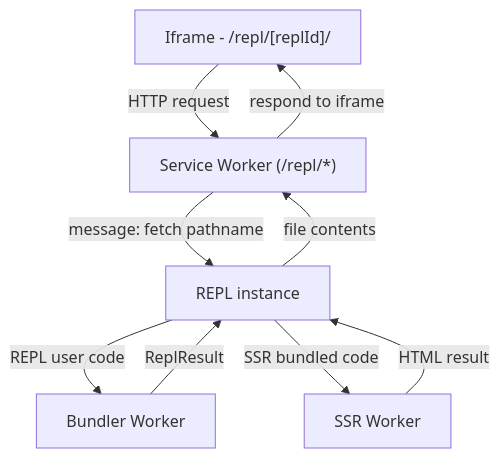
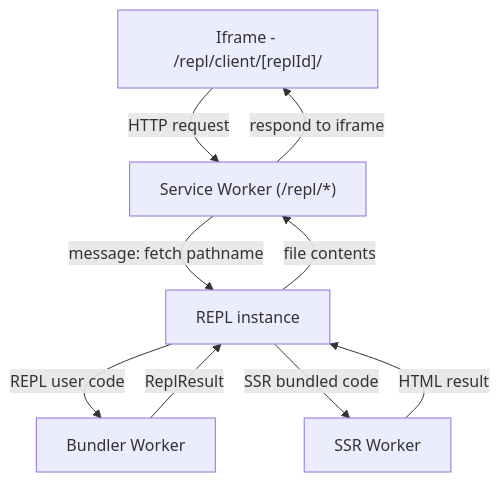
The diagram in docs/src/repl/README.md (Otto-J/qwik-cn-docs), drawn with Mermaid before and after one commit. The commit also changed other lines of this file and 17 other files, not shown here.

````diff
--- a/docs/src/repl/README.md
+++ b/docs/src/repl/README.md
@@ -53,17 +53,17 @@
 ```mermaid
 flowchart TD
-  Iframe["Iframe - /repl/[replId]/"]
+  Iframe["Iframe - /repl/client/[replId]/"]
   ServiceWorker["Service Worker (/repl/*)"]
   ReplInstance["REPL instance"]
   BundlerWorker["Bundler Worker"]
   SSRWorker["SSR Worker"]
 
   ReplInstance -->|REPL user code| BundlerWorker
 	BundlerWorker -->|ReplResult| ReplInstance
   ReplInstance -->|SSR bundled code| SSRWorker
   SSRWorker -->|HTML result| ReplInstance
   ServiceWorker -->|message: fetch pathname| ReplInstance
   Iframe -->|HTTP request| ServiceWorker
   ReplInstance -->|file contents| ServiceWorker
   ServiceWorker -->|respond to iframe| Iframe
 ```
````
